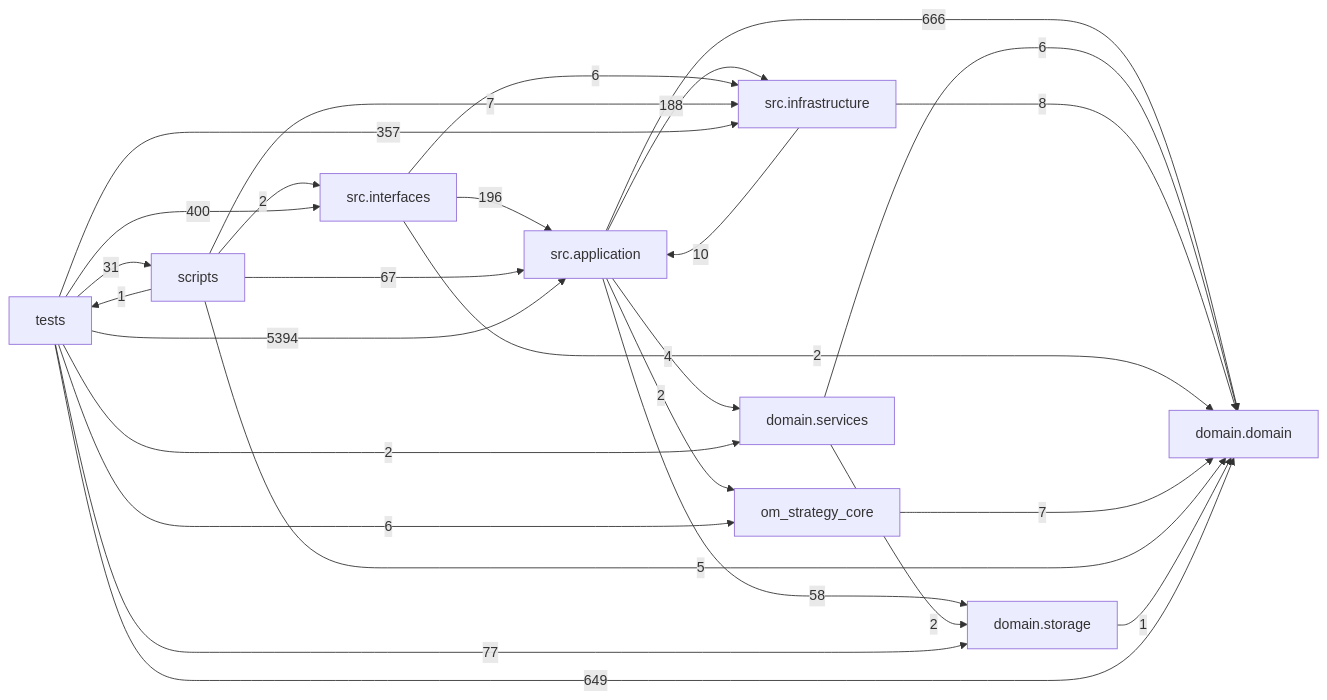
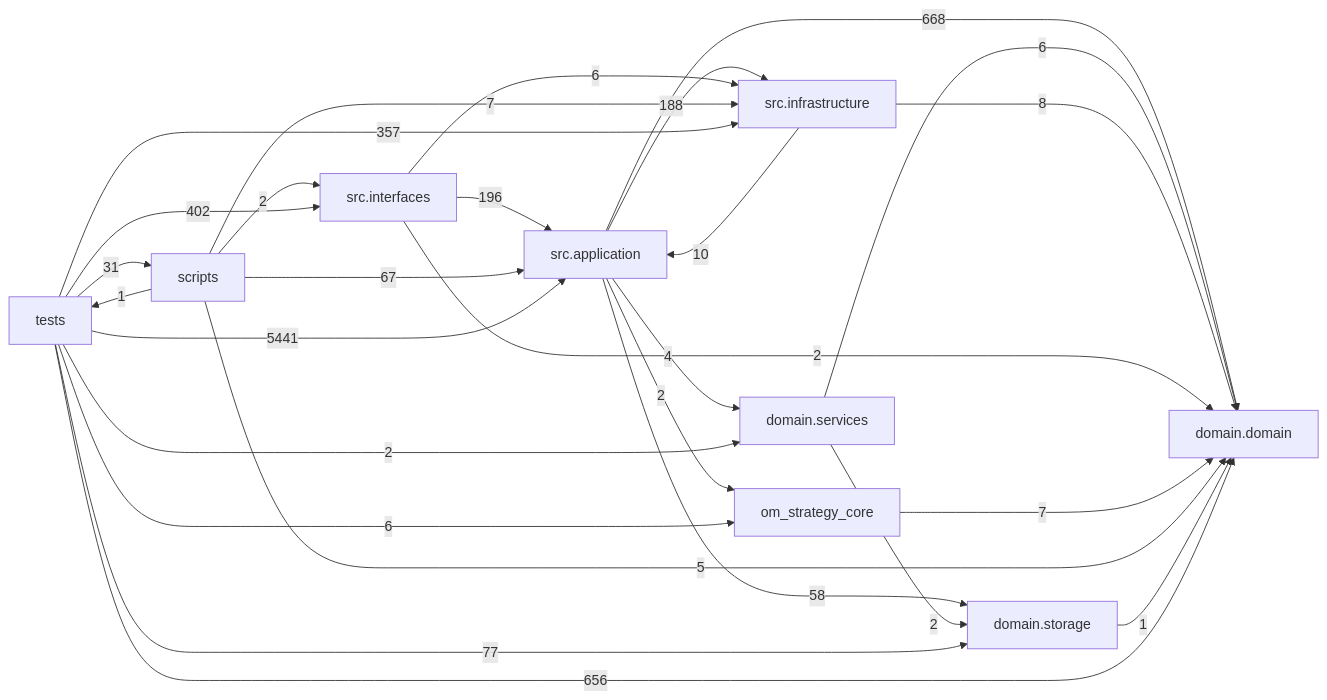
One commit to liuxie066/options-monitor changed the diagram in docs/DEPENDENCY_GRAPH.md. Above: the diagram before and after it, drawn with Mermaid. The commit also changed other lines of this file and 33 other files, not shown here.

````diff
--- a/docs/DEPENDENCY_GRAPH.md
+++ b/docs/DEPENDENCY_GRAPH.md
@@ -24,38 +24,38 @@
 ```mermaid
 flowchart LR
   tests["tests"]
   scripts["scripts"]
   interfaces["src.interfaces"]
   application["src.application"]
   infrastructure["src.infrastructure"]
   domain_services["domain.services"]
   domain["domain.domain"]
   storage["domain.storage"]
-  application -->|666| domain
+  application -->|668| domain
   application -->|4| domain_services
   application -->|188| infrastructure
   application -->|2| om_strategy_core
   application -->|58| storage
   domain_services -->|6| domain
   domain_services -->|2| storage
   infrastructure -->|10| application
   infrastructure -->|8| domain
   interfaces -->|196| application
   interfaces -->|2| domain
   interfaces -->|6| infrastructure
   om_strategy_core -->|7| domain
   scripts -->|67| application
   scripts -->|5| domain
   scripts -->|7| infrastructure
   scripts -->|2| interfaces
   scripts -->|1| tests
   storage -->|1| domain
-  tests -->|5394| application
-  tests -->|649| domain
+  tests -->|5441| application
+  tests -->|656| domain
   tests -->|2| domain_services
   tests -->|357| infrastructure
-  tests -->|400| interfaces
+  tests -->|402| interfaces
   tests -->|6| om_strategy_core
   tests -->|31| scripts
   tests -->|77| storage
 ```
````
